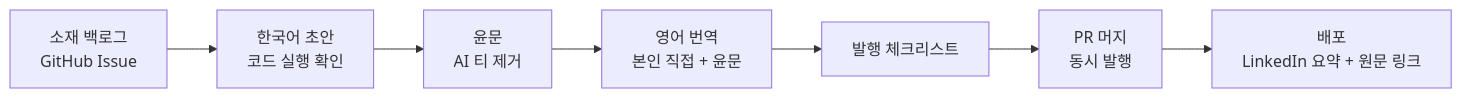
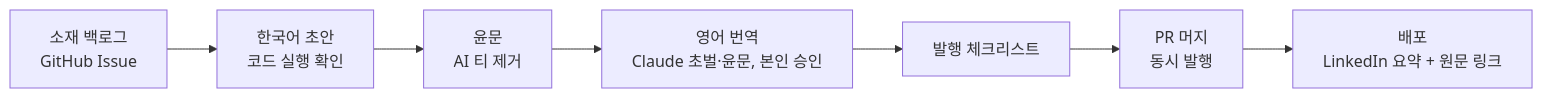
One commit to juunghyun/juunghyun.github.io changed the first of 2 diagrams in docs/PRD.md. Above: the diagram before and after it, drawn with Mermaid. The commit also changed other lines of this file and 3 other files, not shown here.

````diff
--- a/docs/PRD.md
+++ b/docs/PRD.md
@@ -86,9 +86,9 @@
 ```mermaid
 flowchart LR
   A[소재 백로그<br/>GitHub Issue] --> B[한국어 초안<br/>코드 실행 확인]
   B --> C[윤문<br/>AI 티 제거]
-  C --> D[영어 번역<br/>본인 직접 + 윤문]
+  C --> D[영어 번역<br/>Claude 초벌·윤문, 본인 승인]
   D --> E[발행 체크리스트]
   E --> F[PR 머지<br/>동시 발행]
   F --> G[배포<br/>LinkedIn 요약 + 원문 링크]
 ```
````
